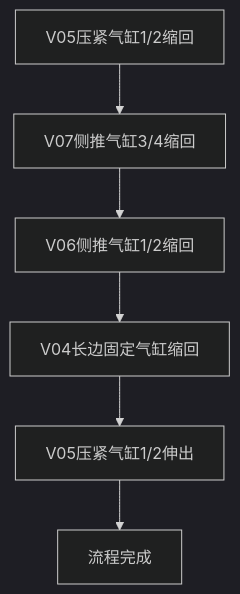
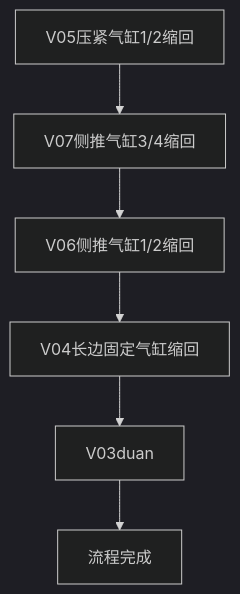
The diagram in all/OP10气缸打开流程.md (PengKun1/iodraw-files), drawn with Mermaid (dark theme) before and after one commit.

Commit message:
2024-08-05 16:39:17 update

````diff
--- a/all/OP10气缸打开流程.md
+++ b/all/OP10气缸打开流程.md
@@ -1,9 +1,9 @@
 ```mermaid
 graph TD
 10[V05压紧气缸1/2缩回]-->20
 20[V07侧推气缸3/4缩回]-->30
 30[V06侧推气缸1/2缩回]-->40
 40[V04长边固定气缸缩回]-->50
-50[V05压紧气缸1/2伸出]-->60
+50[V03duan]-->60
 60[流程完成]
 ```
````
